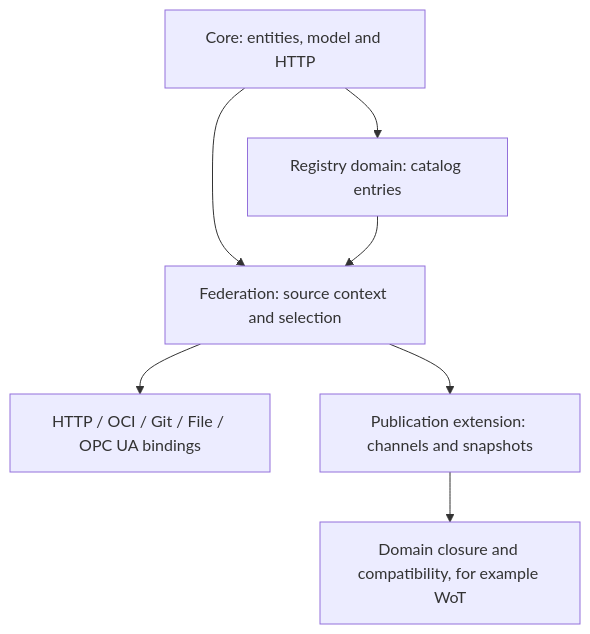
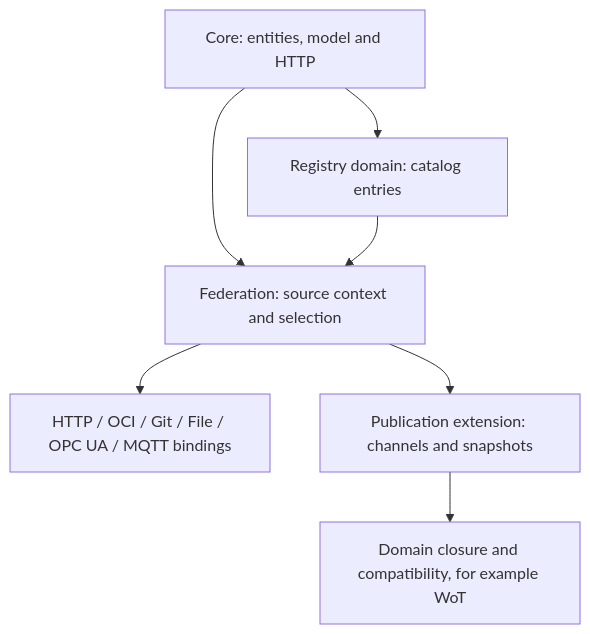
The diagram in workingdrafts/README.md (xregistry/spec), drawn with Mermaid before and after one commit. The commit also changed other lines of this file and 7 other files, not shown here.

````diff
--- a/workingdrafts/README.md
+++ b/workingdrafts/README.md
@@ -27,9 +27,9 @@
 ```mermaid
 flowchart TD
     C["Core: entities, model and HTTP"] --> R["Registry domain: catalog entries"]
     C --> F["Federation: source context and selection"]
     R --> F
-    F --> B["HTTP / OCI / Git / File / OPC UA bindings"]
+    F --> B["HTTP / OCI / Git / File / OPC UA / MQTT bindings"]
     F --> P["Publication extension: channels and snapshots"]
     P --> D["Domain closure and compatibility, for example WoT"]
 ```
````
